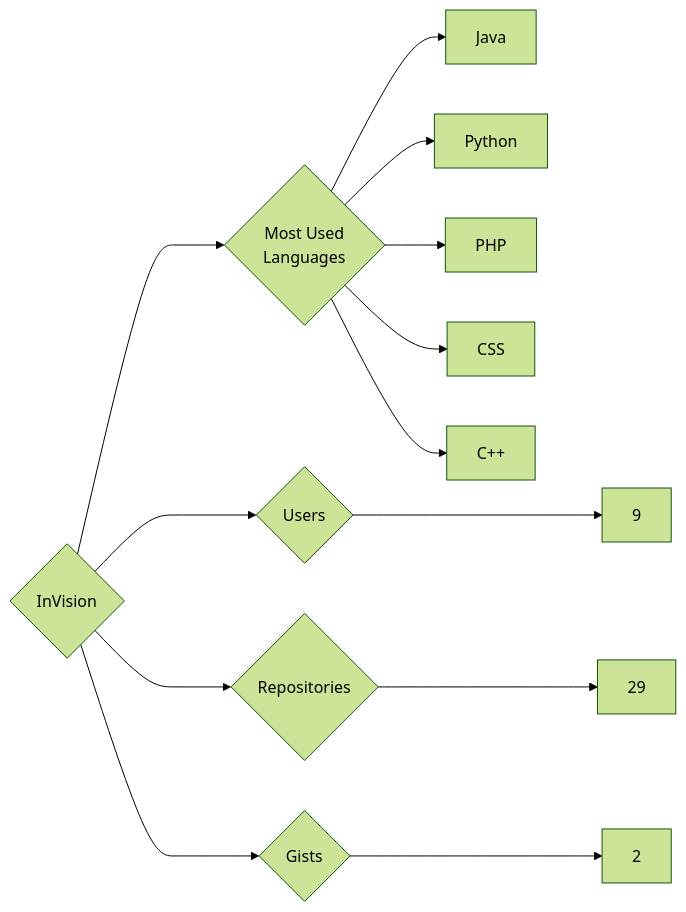
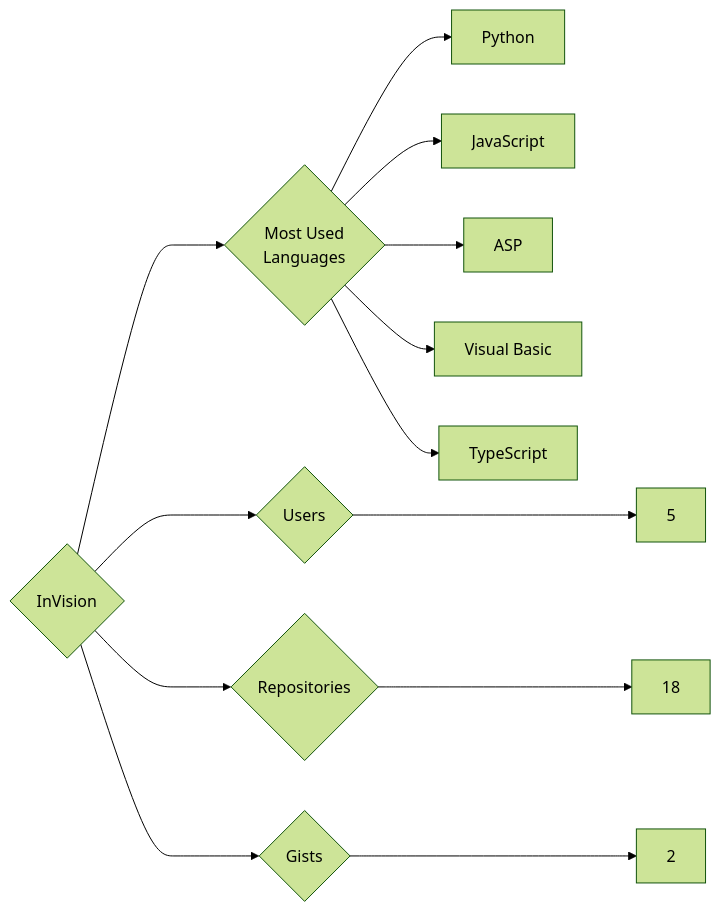
Before and after one commit to trickest/insiders: the diagram in targets/InVision/README.md, drawn with Mermaid (forest theme). The commit also changed 985 other files, not shown here.

````diff
--- a/targets/InVision/README.md
+++ b/targets/InVision/README.md
@@ -3,13 +3,13 @@
 ```mermaid
 graph LR
 COMPANY_NAME{InVision}
-COMPANY_NAME ---> U{Users} ---> UN[9]
-COMPANY_NAME ---> R{Repositories} ---> RN[29]
+COMPANY_NAME ---> U{Users} ---> UN[5]
+COMPANY_NAME ---> R{Repositories} ---> RN[18]
 COMPANY_NAME ---> G{Gists} ---> GN[2]
 COMPANY_NAME ---> ML{Most Used<br>Languages}
-ML --> Java[Java]
 ML --> Python[Python]
-ML --> PHP[PHP]
-ML --> CSS[CSS]
-ML --> C++[C++]
+ML --> JavaScript[JavaScript]
+ML --> ASP[ASP]
+ML --> Visual_Basic[Visual Basic]
+ML --> TypeScript[TypeScript]
 ```
````
